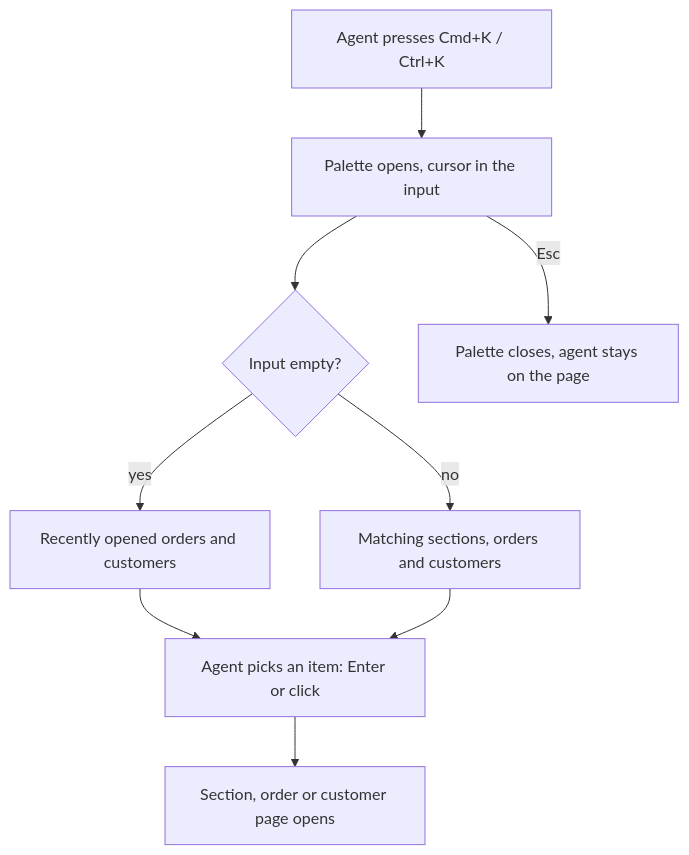
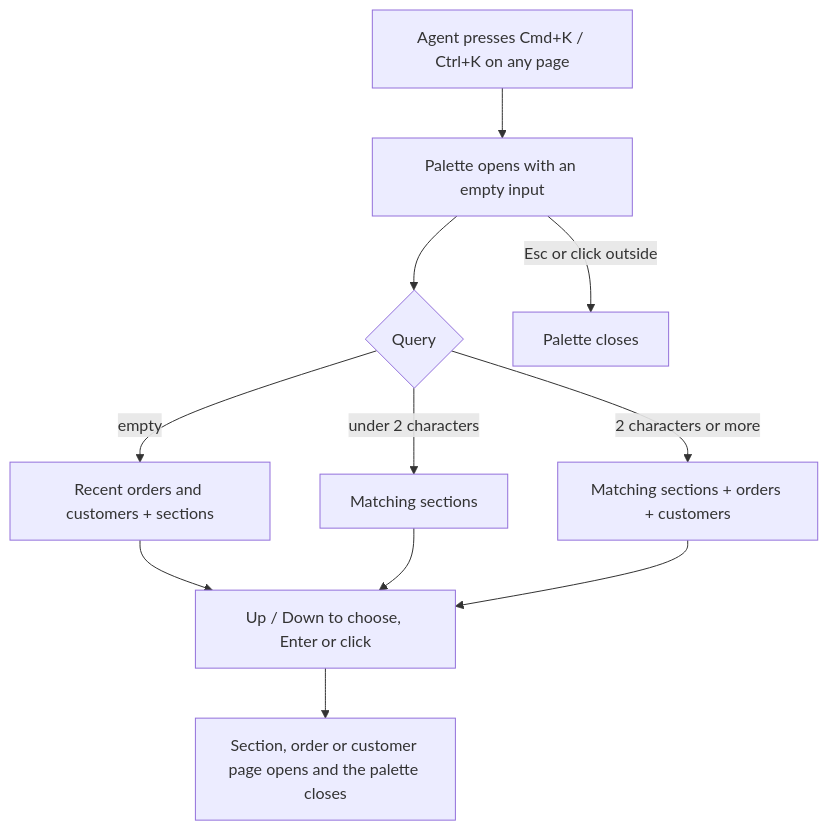
The diagram in playground/app/docs/features/command-palette/en/prd.md (fedorovsky/docs), drawn with Mermaid before and after one commit. The commit also changed other lines of this file and 11 other files, not shown here.

````diff
--- a/playground/app/docs/features/command-palette/en/prd.md
+++ b/playground/app/docs/features/command-palette/en/prd.md
@@ -46,11 +49,13 @@
 ```mermaid
 flowchart TD
-  A[Agent presses Cmd+K / Ctrl+K] --> B[Palette opens, cursor in the input]
-  B --> C{Input empty?}
-  C -- yes --> D[Recently opened orders and customers]
-  C -- no --> E[Matching sections, orders and customers]
-  D --> F[Agent picks an item: Enter or click]
-  E --> F
-  F --> G[Section, order or customer page opens]
-  B -- Esc --> H[Palette closes, agent stays on the page]
+  A[Agent presses Cmd+K / Ctrl+K on any page] --> B[Palette opens with an empty input]
+  B --> C{Query}
+  C -- empty --> D[Recent orders and customers + sections]
+  C -- under 2 characters --> E[Matching sections]
+  C -- 2 characters or more --> F[Matching sections + orders + customers]
+  D --> G[Up / Down to choose, Enter or click]
+  E --> G
+  F --> G
+  G --> H[Section, order or customer page opens and the palette closes]
+  B -- Esc or click outside --> I[Palette closes]
 ```
````
